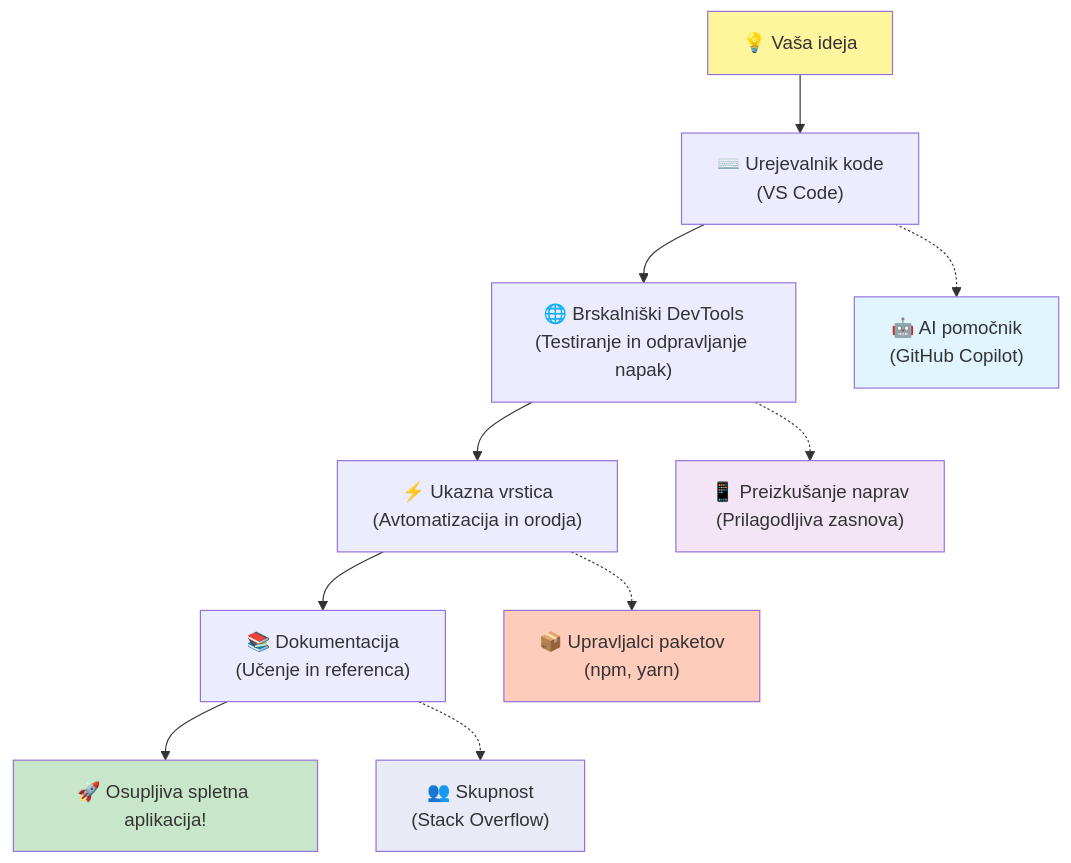
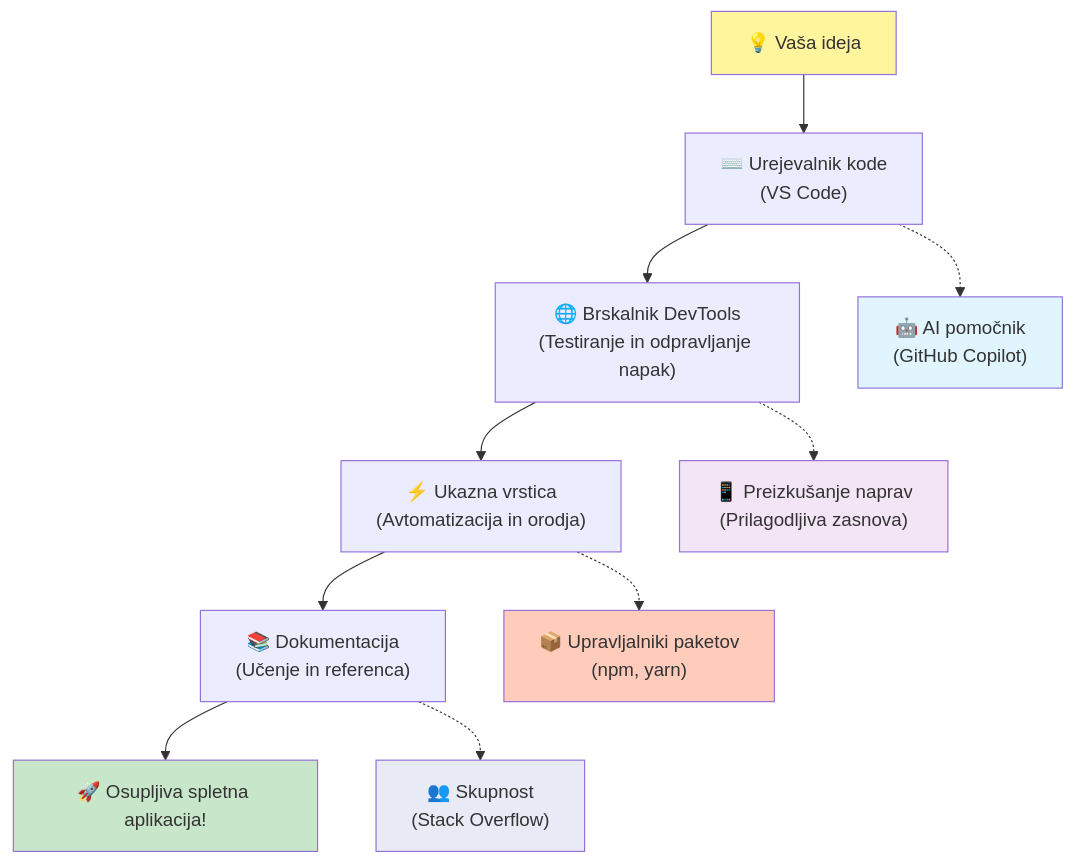
Before and after one commit to microsoft/Web-Dev-For-Beginners: the fifth of 7 diagrams in translations/sl/1-getting-started-lessons/1-intro-to-programming-languages/README.md, drawn with Mermaid. The commit also changed other lines of this file and 11 other files, not shown here.

````diff
--- a/translations/sl/1-getting-started-lessons/1-intro-to-programming-languages/README.md
+++ b/translations/sl/1-getting-started-lessons/1-intro-to-programming-languages/README.md
@@ -488,20 +488,20 @@
 ```mermaid
 graph TD
     A["💡 Vaša ideja"] --> B["⌨️ Urejevalnik kode<br/>(VS Code)"] 
-    B --> C["🌐 Brskalniški DevTools<br/>(Testiranje in odpravljanje napak)"]
+    B --> C["🌐 Brskalnik DevTools<br/>(Testiranje in odpravljanje napak)"]
     C --> D["⚡ Ukazna vrstica<br/>(Avtomatizacija in orodja)"]
     D --> E["📚 Dokumentacija<br/>(Učenje in referenca)"]
     E --> F["🚀 Osupljiva spletna aplikacija!"]
     
     B -.-> G["🤖 AI pomočnik<br/>(GitHub Copilot)"]
     C -.-> H["📱 Preizkušanje naprav<br/>(Prilagodljiva zasnova)"]
-    D -.-> I["📦 Upravljalci paketov<br/>(npm, yarn)"]
+    D -.-> I["📦 Upravljalniki paketov<br/>(npm, yarn)"]
     E -.-> J["👥 Skupnost<br/>(Stack Overflow)"]
     
     style A fill:#fff59d
     style F fill:#c8e6c9
     style G fill:#e1f5fe
     style H fill:#f3e5f5
     style I fill:#ffccbc
     style J fill:#e8eaf6
 ```
````
